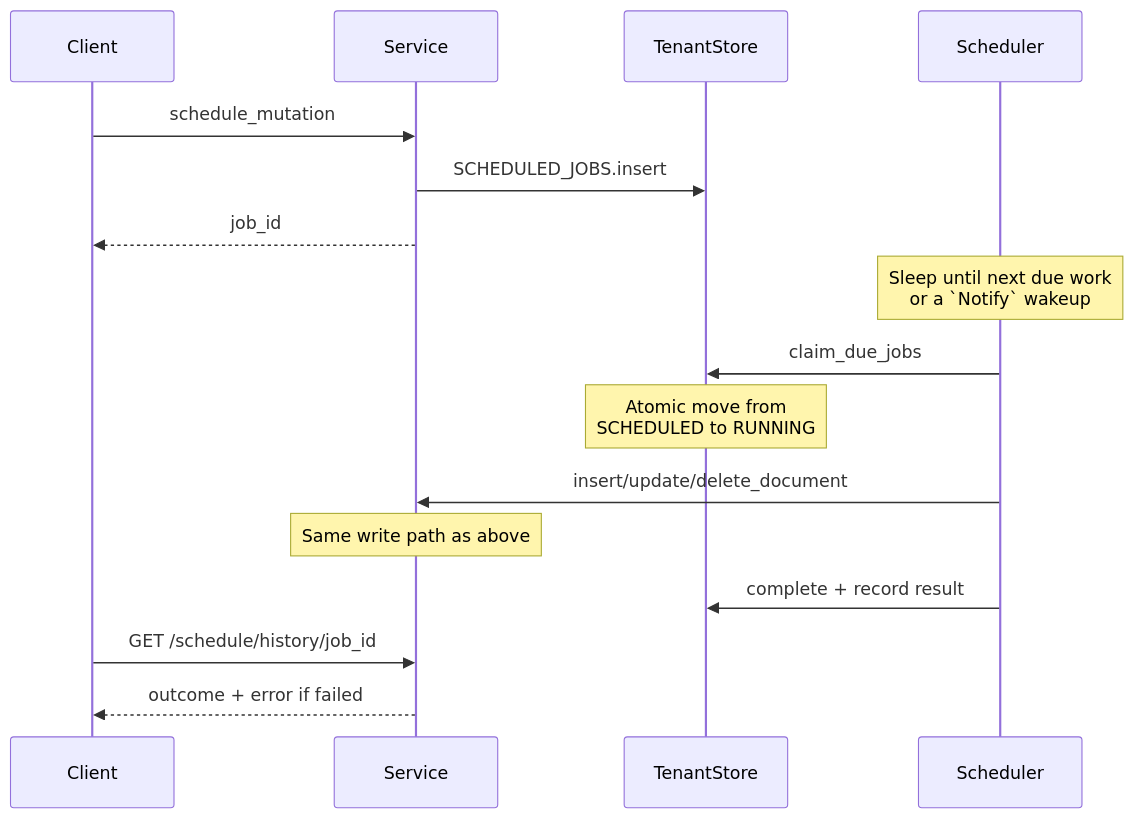
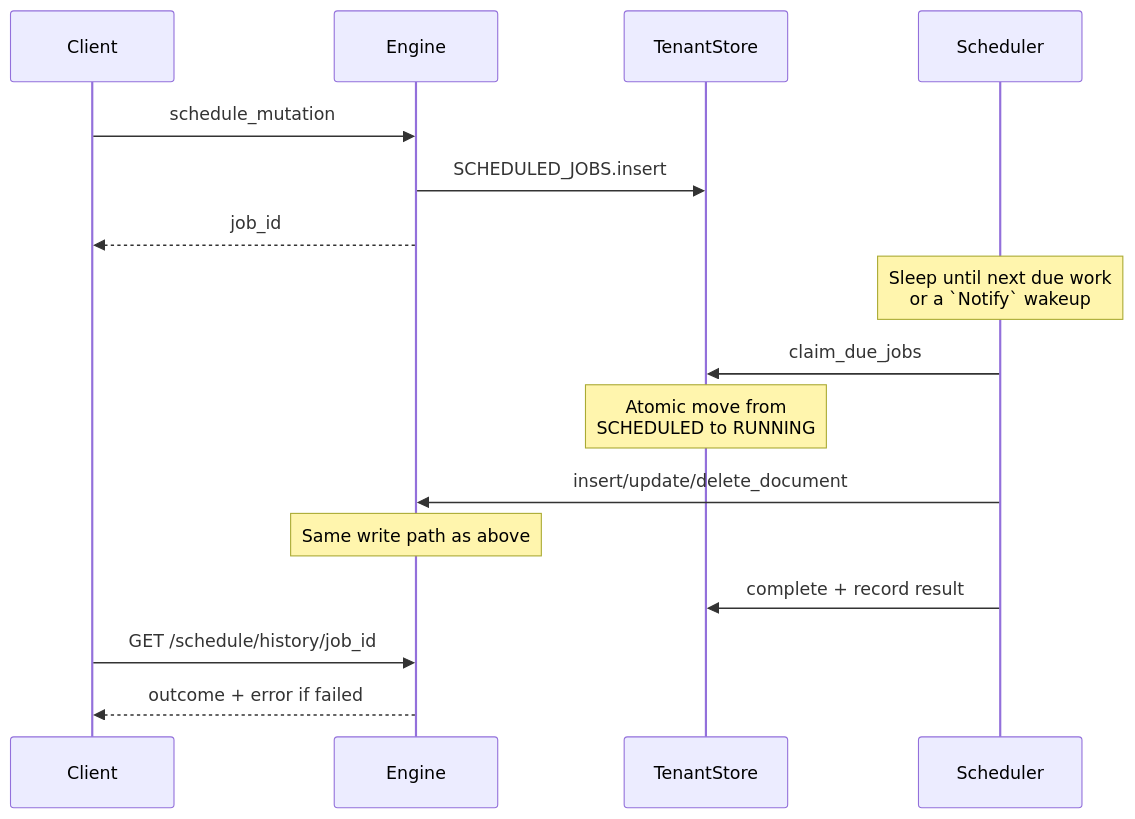
The sixth of 6 diagrams in ARCHITECTURE.md (nimbus/nimbus), drawn with Mermaid before and after one commit. The commit also changed other lines of this file and 622 other files, not shown here.

````diff
--- a/ARCHITECTURE.md
+++ b/ARCHITECTURE.md
@@ -1159,22 +1188,22 @@
 ```mermaid
 sequenceDiagram
     participant C as Client
-    participant Svc as Service
+    participant Eng as Engine
     participant St as TenantStore
     participant Sch as Scheduler
 
-    C->>Svc: schedule_mutation
-    Svc->>St: SCHEDULED_JOBS.insert
-    Svc-->>C: job_id
+    C->>Eng: schedule_mutation
+    Eng->>St: SCHEDULED_JOBS.insert
+    Eng-->>C: job_id
 
     Note over Sch: Sleep until next due work<br/>or a `Notify` wakeup
 
     Sch->>St: claim_due_jobs
     Note over St: Atomic move from<br/>SCHEDULED to RUNNING
-    Sch->>Svc: insert/update/delete_document
-    Note over Svc: Same write path as above
+    Sch->>Eng: insert/update/delete_document
+    Note over Eng: Same write path as above
     Sch->>St: complete + record result
 
-    C->>Svc: GET /schedule/history/job_id
-    Svc-->>C: outcome + error if failed
+    C->>Eng: GET /schedule/history/job_id
+    Eng-->>C: outcome + error if failed
 ```
````
